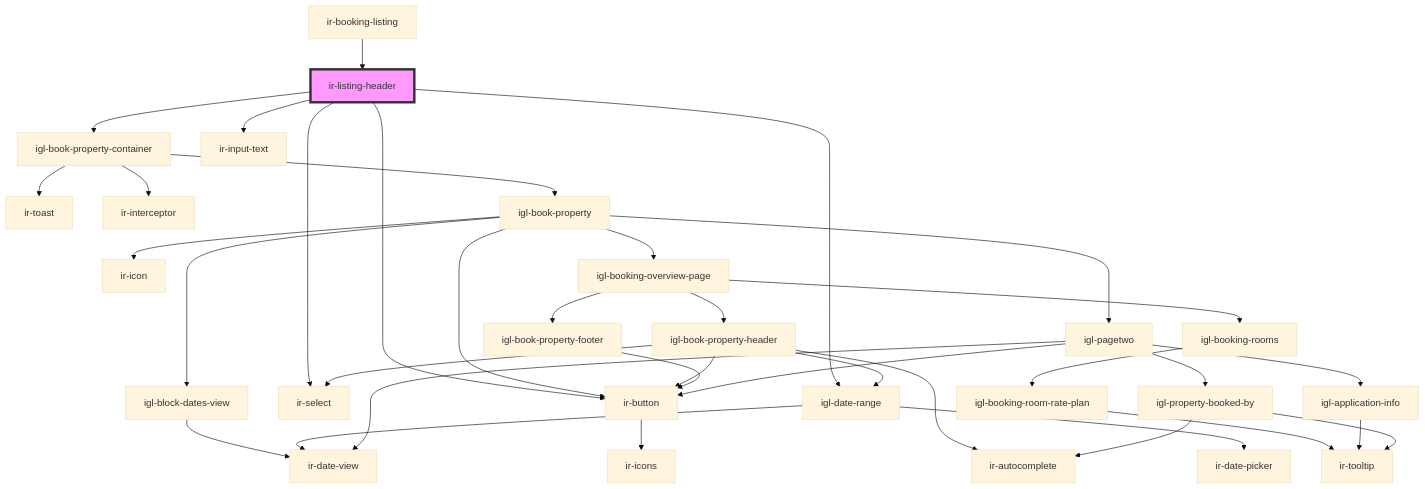
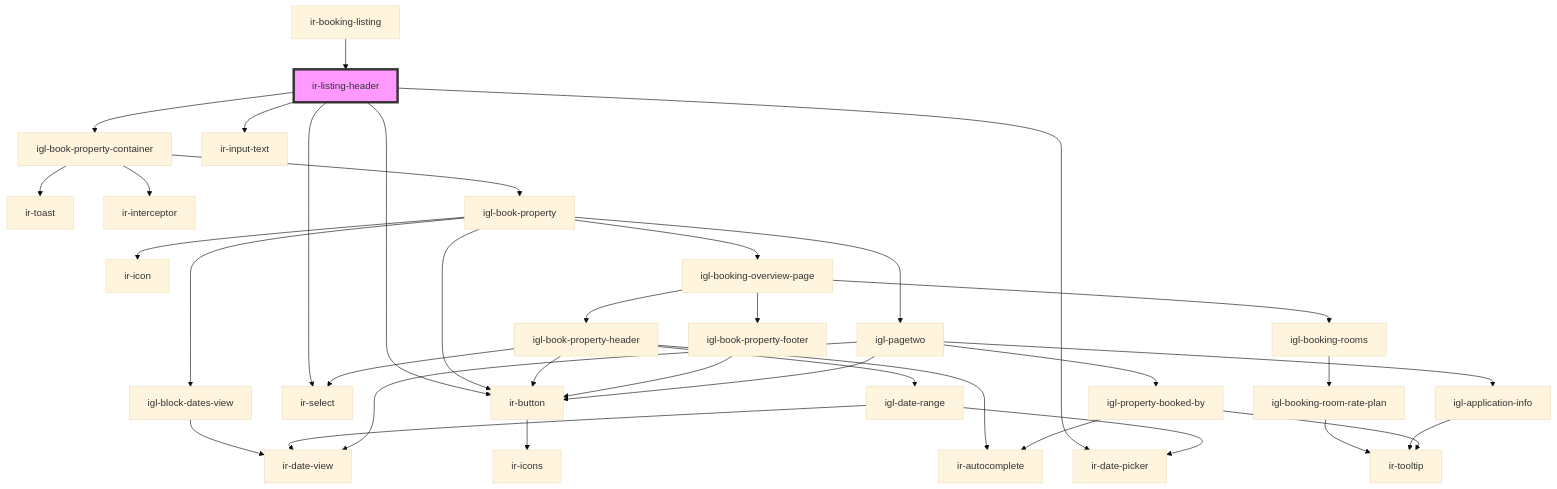
One commit to David1Chowaifaty/modified-ir-webcmp changed the diagram in src/components/ir-booking-listing/ir-listing-header/readme.md. Above: the diagram before and after it, drawn with Mermaid (base theme). The commit also changed other lines of this file and 18 other files, not shown here.

````diff
--- a/src/components/ir-booking-listing/ir-listing-header/readme.md
+++ b/src/components/ir-booking-listing/ir-listing-header/readme.md
@@ -39,39 +39,39 @@
 ```mermaid
 graph TD;
   ir-listing-header --> igl-book-property-container
   ir-listing-header --> ir-button
   ir-listing-header --> ir-input-text
   ir-listing-header --> ir-select
-  ir-listing-header --> igl-date-range
+  ir-listing-header --> ir-date-picker
   igl-book-property-container --> ir-toast
   igl-book-property-container --> ir-interceptor
   igl-book-property-container --> igl-book-property
   igl-book-property --> igl-block-dates-view
   igl-book-property --> ir-button
   igl-book-property --> ir-icon
   igl-book-property --> igl-booking-overview-page
   igl-book-property --> igl-pagetwo
   igl-block-dates-view --> ir-date-view
   ir-button --> ir-icons
   igl-booking-overview-page --> igl-book-property-header
   igl-booking-overview-page --> igl-booking-rooms
   igl-booking-overview-page --> igl-book-property-footer
   igl-book-property-header --> ir-autocomplete
   igl-book-property-header --> ir-select
   igl-book-property-header --> ir-button
   igl-book-property-header --> igl-date-range
   igl-date-range --> ir-date-picker
   igl-date-range --> ir-date-view
   igl-booking-rooms --> igl-booking-room-rate-plan
   igl-booking-room-rate-plan --> ir-tooltip
   igl-book-property-footer --> ir-button
   igl-pagetwo --> ir-date-view
   igl-pagetwo --> igl-application-info
   igl-pagetwo --> igl-property-booked-by
   igl-pagetwo --> ir-button
   igl-application-info --> ir-tooltip
   igl-property-booked-by --> ir-autocomplete
   igl-property-booked-by --> ir-tooltip
   ir-booking-listing --> ir-listing-header
   style ir-listing-header fill:#f9f,stroke:#333,stroke-width:4px
 ```
````
